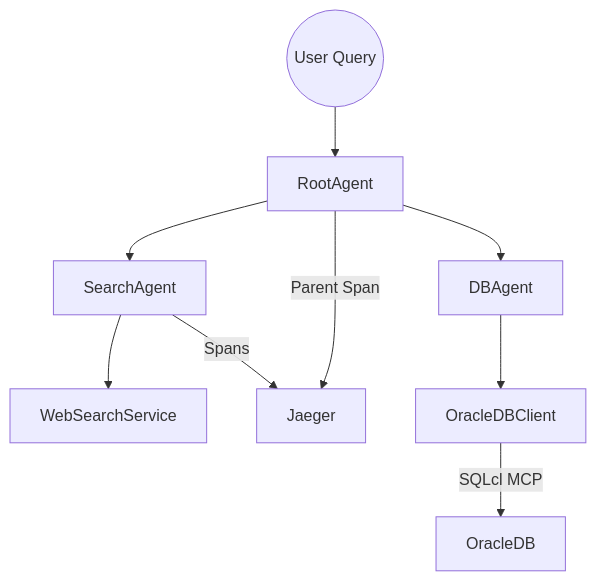
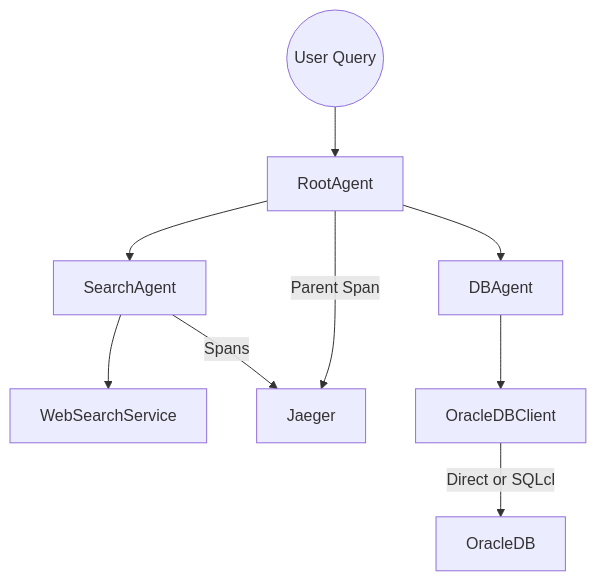
Before and after one commit to raaghavwad/agentic-research-demo: the diagram in README.md, drawn with Mermaid. The commit also changed other lines of this file and 15 other files, not shown here.

First line of the commit message:
feat: LangGraph orchestration, Oracle + optional SQLcl path, Ollama web search summarization, expanded OpenTelemetry spans, README/SPEC updates

````diff
--- a/README.md
+++ b/README.md
@@ -43,11 +65,11 @@
 ```mermaid
 graph TD
     User((User Query)) --> RootAgent
     RootAgent --> SearchAgent
     RootAgent --> DBAgent
     SearchAgent --> WebSearchService
     SearchAgent -->|Spans| Jaeger
     DBAgent --> OracleDBClient
-    OracleDBClient -->|SQLcl MCP| OracleDB
+    OracleDBClient -->|Direct or SQLcl| OracleDB
     RootAgent -->|Parent Span| Jaeger
 ```
````
